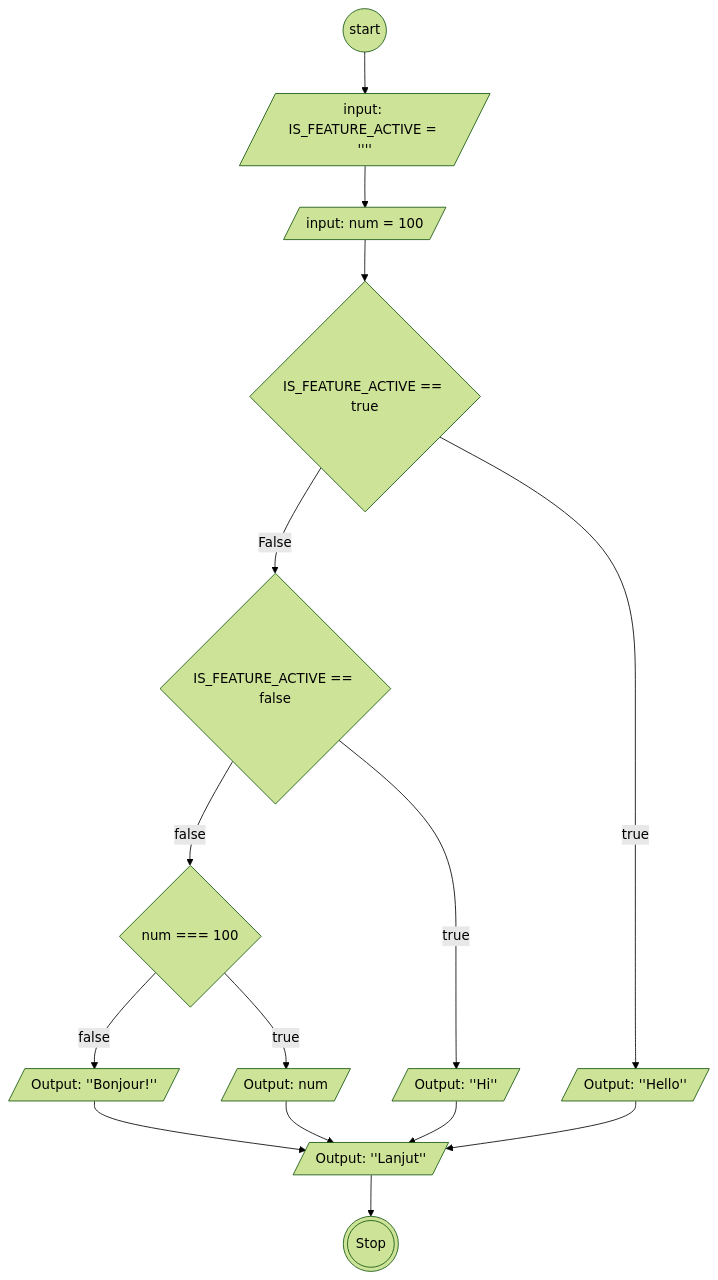
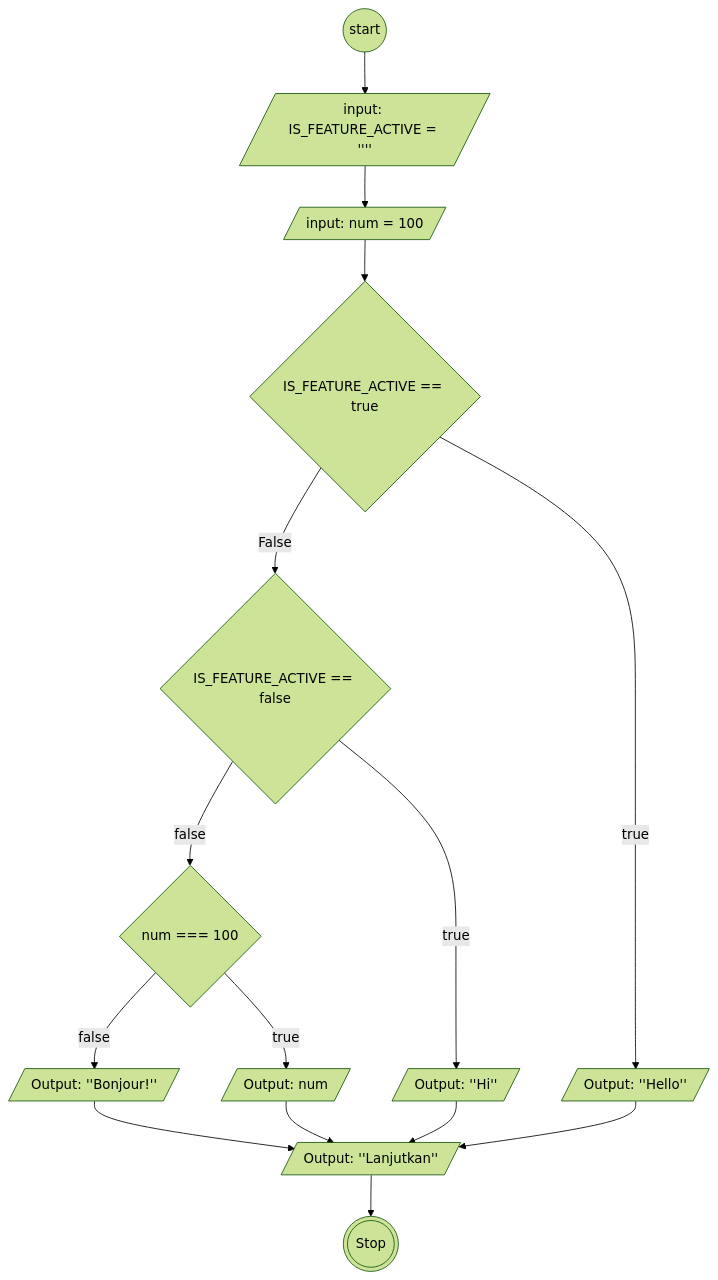
One commit to AbiPasundan/koda-b6-javascript1 changed the diagram in flowchart-switch.md. Above: the diagram before and after it, drawn with Mermaid (forest theme).

````diff
--- a/flowchart-switch.md
+++ b/flowchart-switch.md
@@ -3,27 +3,27 @@
 ```mermaid
     flowchart TB
         Start@{ shape: circ, label: "start"}
         IS_FEATURE_ACTIVE@{ shape: lean-r, label: "input: IS_FEATURE_ACTIVE = ''''"}
         num@{ shape: lean-r, label: "input: num = 100"}
 
         CaseTrue@{ shape: diamond, label: "IS_FEATURE_ACTIVE == true"}
         OutputTrue@{ shape: lean-r, label: "Output: ''Hello''"}
 
         CaseFalse@{ shape: diamond, label: "IS_FEATURE_ACTIVE == false"}
         OutputFalse@{ shape: lean-r, label: "Output: ''Hi''"}
 
         Default@{ shape: diamond, label: "num === 100"}
         DefaultTrue@{ shape: lean-r, label: "Output: num"}
         DefaultFalse@{ shape: lean-r, label: "Output: ''Bonjour!''"}
 
-        Lanjut@{ shape: lean-r, label: "Output: ''Lanjut''"}
+        Lanjut@{ shape: lean-r, label: "Output: ''Lanjutkan''"}
 
         Stop@{ shape: dbl-circ, label: "Stop"}
 
     Start-->IS_FEATURE_ACTIVE-->num-->CaseTrue-->|False|CaseFalse-->|false|Default-->|false|DefaultFalse-->Lanjut
 
     CaseTrue-->|true|OutputTrue-->Lanjut
     CaseFalse-->|true|OutputFalse-->Lanjut
 
     Default-->|true|DefaultTrue-->Lanjut-->Stop
 ```
````
